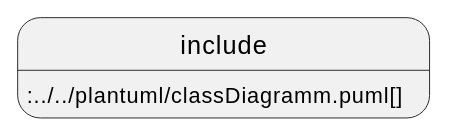
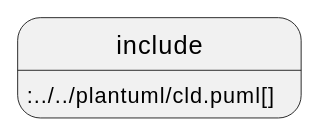
One commit to 2122-3bhitm-itp/02-project-uno changed the first of 2 diagrams in asciidocs/project-files/projektauftrag/index.adoc. Above: the diagram before and after it, drawn with PlantUML. The commit also changed other lines of this file and 4 other files, not shown here.

Commit message:
fix diagramm names and styles

```diff
--- a/asciidocs/project-files/projektauftrag/index.adoc
+++ b/asciidocs/project-files/projektauftrag/index.adoc
@@ -119,4 +119,4 @@
 [plantuml, class-diagramm]
 ----
-include::../../plantuml/classDiagramm.puml[]
+include::../../plantuml/cld.puml[]
 ----
```
